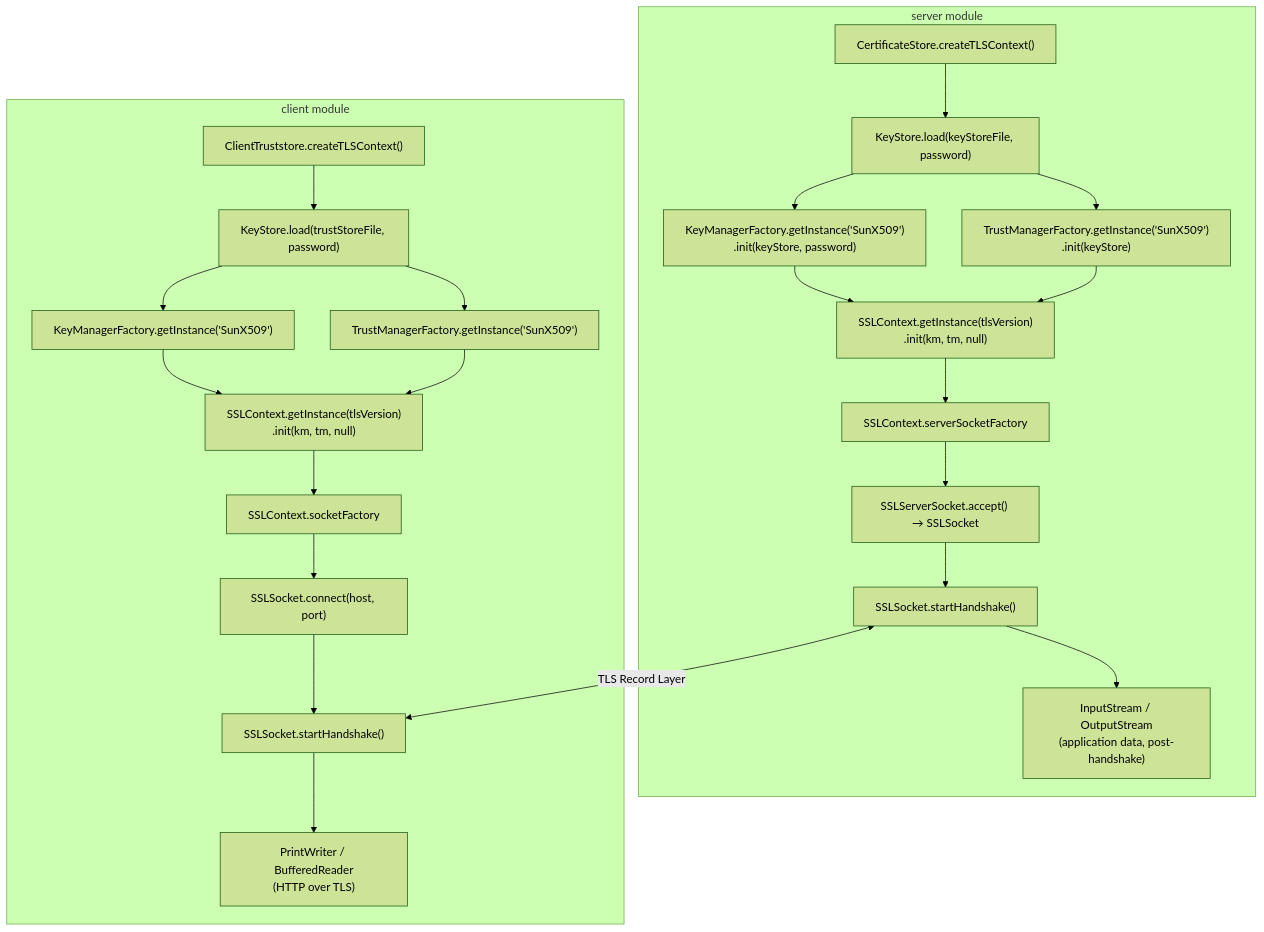
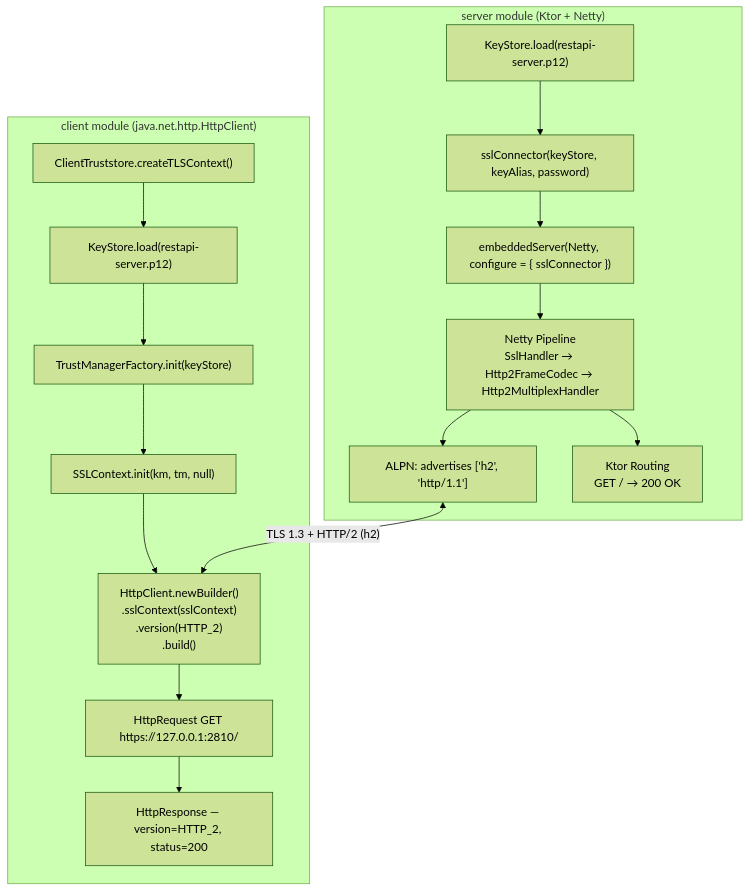
One commit to prayagupa/tls.kotlin changed the fourth of 5 diagrams in README.md. Above: the diagram before and after it, drawn with Mermaid (forest theme). The commit also changed other lines of this file and 3 other files, not shown here.

````diff
--- a/README.md
+++ b/README.md
@@ -138,32 +138,28 @@
 ```mermaid
 flowchart TD
-    subgraph server["server module"]
-        CS["CertificateStore.createTLSContext()"]
-        KSL["KeyStore.load(keyStoreFile, password)"]
-        KMF["KeyManagerFactory.getInstance('SunX509')\n.init(keyStore, password)"]
-        TMF_S["TrustManagerFactory.getInstance('SunX509')\n.init(keyStore)"]
-        SCTX["SSLContext.getInstance(tlsVersion)\n.init(km, tm, null)"]
-        SSF["SSLContext.serverSocketFactory"]
-        SSS["SSLServerSocket.accept() → SSLSocket"]
-        SH["SSLSocket.startHandshake()"]
-        IO_S["InputStream / OutputStream\n(application data, post-handshake)"]
+    subgraph server["server module (Ktor + Netty)"]
+        KSL["KeyStore.load(restapi-server.p12)"]
+        SC["sslConnector(keyStore, keyAlias, password)"]
+        EMB["embeddedServer(Netty, configure = { sslConnector })"]
+        NP["Netty Pipeline<br>SslHandler → Http2FrameCodec → Http2MultiplexHandler"]
+        ALPN["ALPN: advertises ['h2', 'http/1.1']"]
+        RT["Ktor Routing<br>GET / → 200 OK"]
 
-        CS --> KSL --> KMF & TMF_S --> SCTX --> SSF --> SSS --> SH --> IO_S
+        KSL --> SC --> EMB --> NP --> ALPN
+        NP --> RT
     end
 
-    subgraph client["client module"]
+    subgraph client["client module (java.net.http.HttpClient)"]
         CT["ClientTruststore.createTLSContext()"]
-        KSL_C["KeyStore.load(trustStoreFile, password)"]
-        KMF_C["KeyManagerFactory.getInstance('SunX509')"]
-        TMF_C["TrustManagerFactory.getInstance('SunX509')"]
-        CCTX["SSLContext.getInstance(tlsVersion)\n.init(km, tm, null)"]
-        CSF["SSLContext.socketFactory"]
-        CSS["SSLSocket.connect(host, port)"]
-        SH_C["SSLSocket.startHandshake()"]
-        IO_C["PrintWriter / BufferedReader\n(HTTP over TLS)"]
+        KSL_C["KeyStore.load(restapi-server.p12)"]
+        TMF_C["TrustManagerFactory.init(keyStore)"]
+        CCTX["SSLContext.init(km, tm, null)"]
+        HC["HttpClient.newBuilder()<br>  .sslContext(sslContext)<br>  .version(HTTP_2)<br>  .build()"]
+        REQ["HttpRequest GET https://127.0.0.1:2810/"]
+        RES["HttpResponse — version=HTTP_2, status=200"]
 
-        CT --> KSL_C --> KMF_C & TMF_C --> CCTX --> CSF --> CSS --> SH_C --> IO_C
+        CT --> KSL_C --> TMF_C --> CCTX --> HC --> REQ --> RES
     end
 
-    SH <-->|"TLS Record Layer"| SH_C
+    ALPN <-->|"TLS 1.3 + HTTP/2 (h2)"| HC
 ```
````
